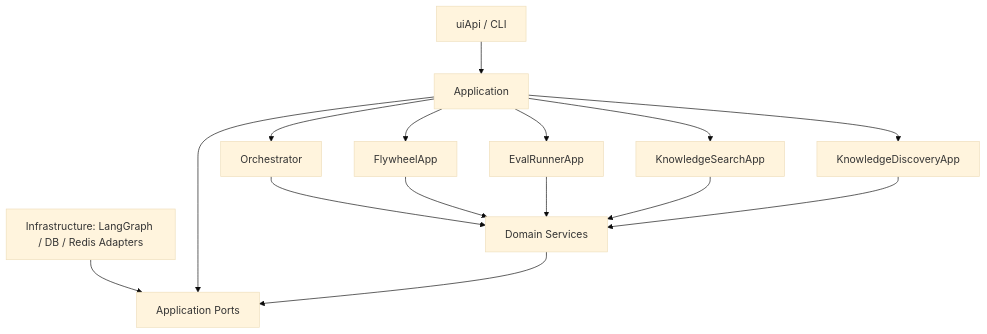
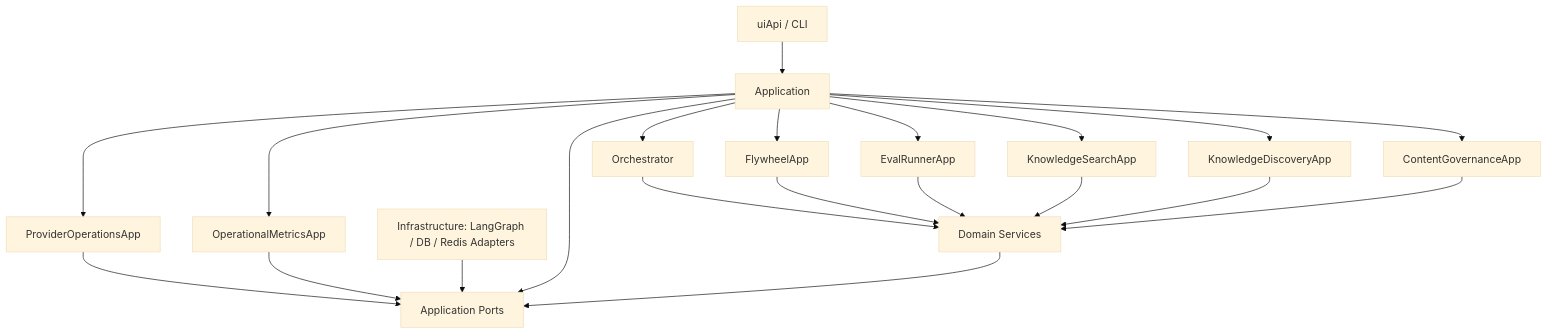
One commit to linlisWorkTeam/domain-knowledge changed the second of 2 diagrams in specs/02-architecture/system-context.md. Above: the diagram before and after it, drawn with Mermaid (base theme). The commit also changed 53 other files, not shown here.

````diff
--- a/specs/02-architecture/system-context.md
+++ b/specs/02-architecture/system-context.md
@@ -19,17 +19,23 @@
 ```mermaid
 flowchart TB
   UI[uiApi / CLI] --> APP[Application]
   APP --> ORC[Orchestrator]
   APP --> FAPP[FlywheelApp]
   APP --> EAPP[EvalRunnerApp]
   APP --> SAPP[KnowledgeSearchApp]
   APP --> DAPP[KnowledgeDiscoveryApp]
+  APP --> CAPP[ContentGovernanceApp]
+  APP --> PAPP[ProviderOperationsApp]
+  APP --> MAPP[OperationalMetricsApp]
   ORC --> DOMAIN[Domain Services]
   FAPP --> DOMAIN
   EAPP --> DOMAIN
   SAPP --> DOMAIN
   DAPP --> DOMAIN
+  CAPP --> DOMAIN
+  PAPP --> PORTS
+  MAPP --> PORTS
   INFRA[Infrastructure: LangGraph / DB / Redis Adapters] --> PORTS[Application Ports]
   APP --> PORTS
   DOMAIN --> PORTS
 ```
````
